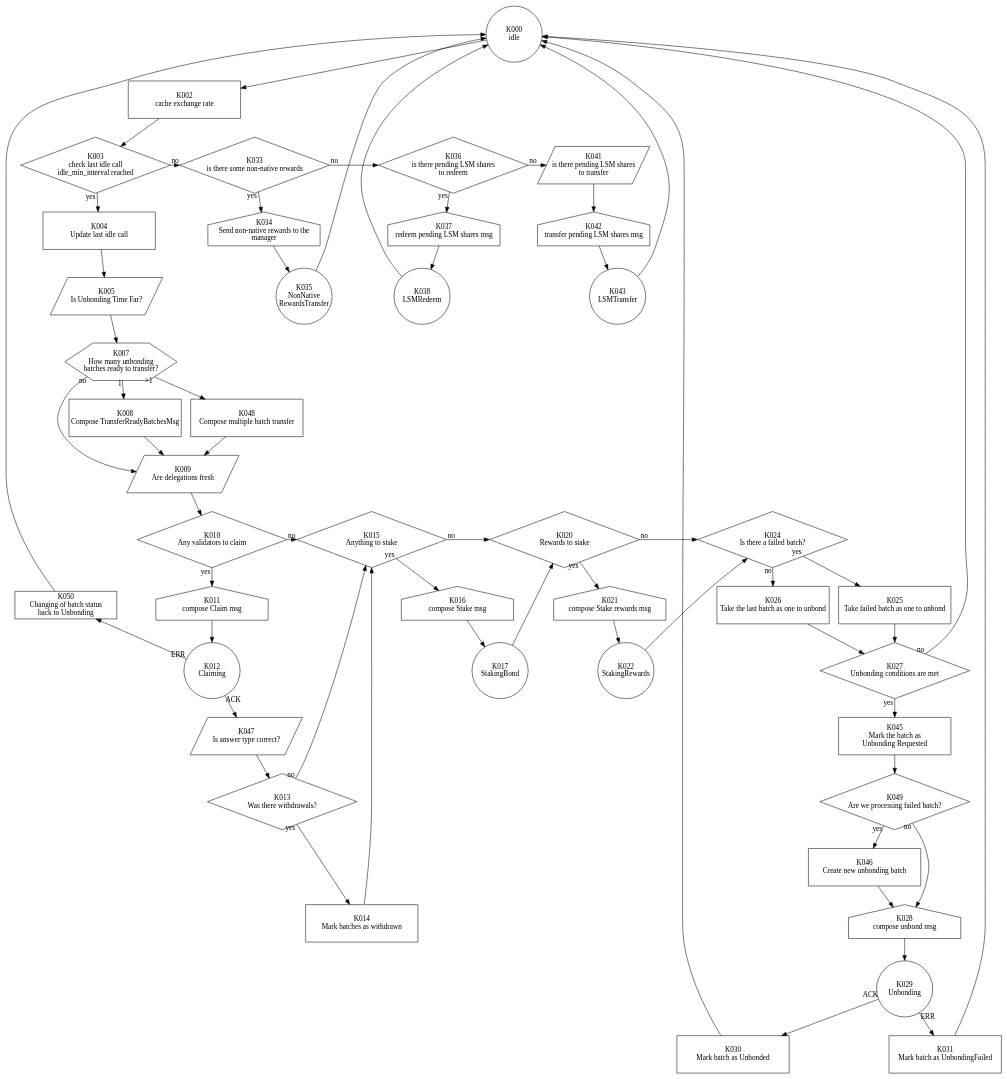
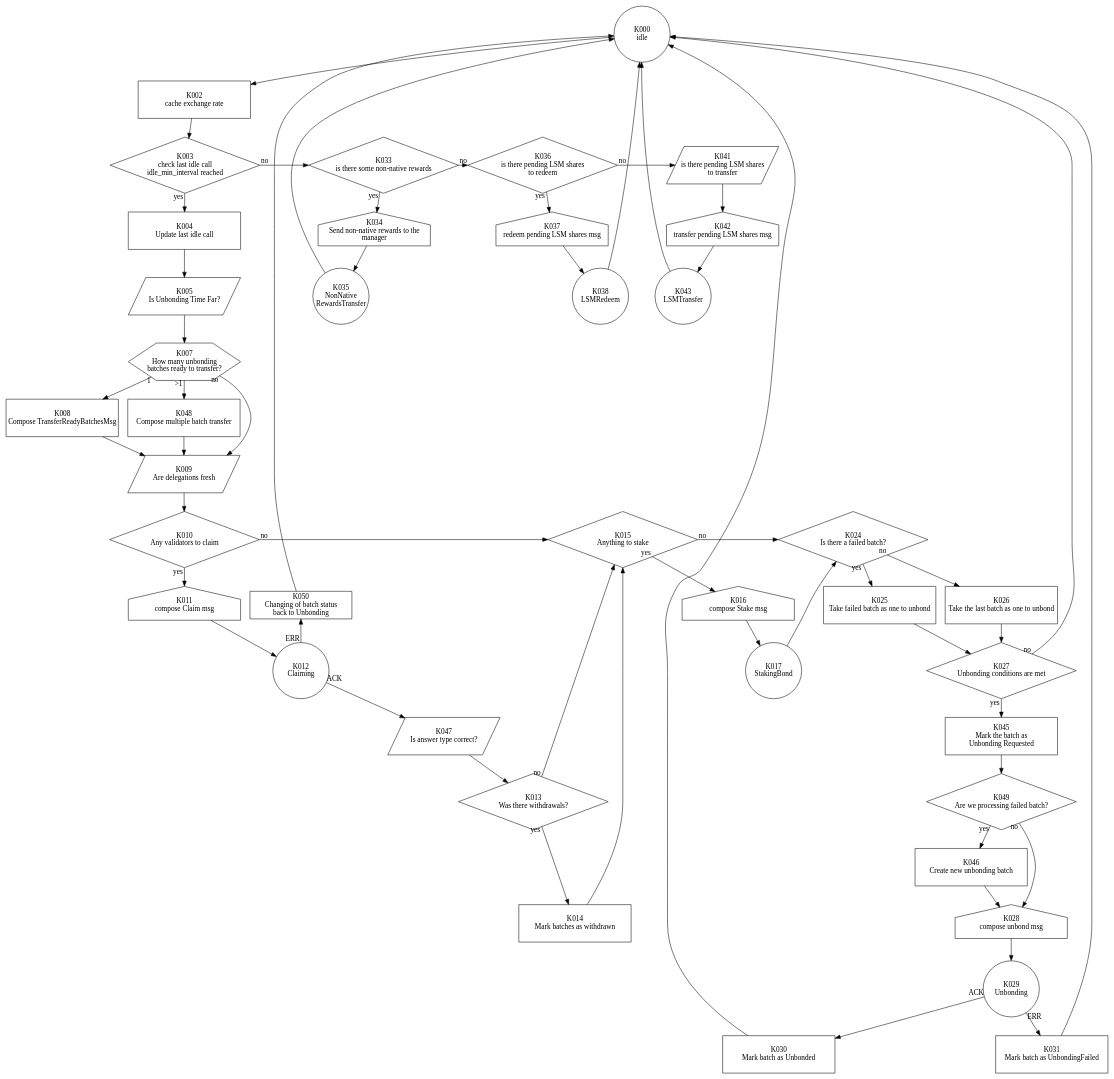
One commit to hadronlabs-org/drop-contracts changed the diagram in graph.gv. Above: the diagram before and after it, drawn with Graphviz. The commit also changed 11 other files, not shown here.

Commit message:
wip: remove rewards staking process

```diff
--- a/graph.gv
+++ b/graph.gv
@@ -1,183 +1,176 @@
 digraph G {
     layout = dot;
     rankdir = TB;
     
     subgraph {
         rank = same;
         K000 [label = "K000\nidle";shape = circle;fixedsize = true;width = 1.5;height = 1.5;];
     }
     
     subgraph {
         rank = same;
         K002 [label = "K002\ncache exchange rate";shape = box;fixedsize = true;width = 3;height = 1;];
     }
     
     subgraph {
         rank = same;
         K003 [label = "K003\ncheck last idle call\nidle_min_interval reached";shape = diamond;fixedsize = true;width = 4;height = 1.5;];
         K033 [label = "K033\nis there some non-native rewards";shape = diamond;fixedsize = true;width = 4;height = 1.5;];
         K036 [label = "K036\nis there pending LSM shares\nto redeem";shape = diamond;fixedsize = true;width = 4;height = 1.5;];
         K041 [label = "K041\nis there pending LSM shares\nto transfer";shape = polygon;sides = 4;skew = .4;fixedsize = true;width = 3;height = 1;];
     }
     
     subgraph {
         rank = same;
         K004 [label = "K004\nUpdate last idle call";shape = box;fixedsize = true;width = 3;height = 1;];
         K034 [label = "K034\nSend non-native rewards to the\nmanager";shape = house;fixedsize = true;width = 3;height = 1;];
         K037 [label = "K037\nredeem pending LSM shares msg";shape = house;fixedsize = true;width = 3;height = 1;];
         K042 [label = "K042\ntransfer pending LSM shares msg";shape = house;fixedsize = true;width = 3;height = 1;];
     }
     
     subgraph {
         rank = same;
         K005 [label = "K005\nIs Unbonding Time Far?";shape = polygon;sides = 4;skew = .4;fixedsize = true;width = 3;height = 1;];
         K035 [label = "K035\nNonNative\nRewardsTransfer";shape = circle;fixedsize = true;width = 1.5;height = 1.5;];
         K038 [label = "K038\nLSMRedeem";shape = circle;fixedsize = true;width = 1.5;height = 1.5;];
         K043 [label = "K043\nLSMTransfer";shape = circle;fixedsize = true;width = 1.5;height = 1.5;];
     }
     
     subgraph {
         rank = same;
         K007 [label = "K007\nHow many unbonding\nbatches ready to transfer?";shape = hexagon;fixedsize = true;width = 3;height = 1;];
     }
     
     subgraph {
         rank = same;
         K008 [label = "K008\nCompose TransferReadyBatchesMsg";shape = box;fixedsize = true;width = 3;height = 1;];
         K048 [label = "K048\nCompose multiple batch transfer";shape = box;fixedsize = true;width = 3;height = 1;];
     }
     
     subgraph {
         rank = same;
         K009 [label = "K009\nAre delegations fresh";shape = polygon;sides = 4;skew = .4;fixedsize = true;width = 3;height = 1;];
     }
     
     subgraph {
         rank = same;
         K010 [label = "K010\nAny validators to claim";shape = diamond;fixedsize = true;width = 4;height = 1.5;];
         K015 [label = "K015\nAnything to stake";shape = diamond;fixedsize = true;width = 4;height = 1.5;];
-        K020 [label = "K020\nRewards to stake";shape = diamond;fixedsize = true;width = 4;height = 1.5;];
         K024 [label = "K024\nIs there a failed batch?";shape = diamond;fixedsize = true;width = 4;height = 1.5;];
     }
     
     subgraph {
         rank = same;
         K011 [label = "K011\ncompose Claim msg";shape = house;fixedsize = true;width = 3;height = 1;];
         K016 [label = "K016\ncompose Stake msg";shape = house;fixedsize = true;width = 3;height = 1;];
-        K021 [label = "K021\ncompose Stake rewards msg";shape = house;fixedsize = true;width = 3;height = 1;];
         K025 [label = "K025\nTake failed batch as one to unbond";shape = box;fixedsize = true;width = 3;height = 1;];
         K026 [label = "K026\nTake the last batch as one to unbond";shape = box;fixedsize = true;width = 3;height = 1;];
         K050 [label = "K050\nChanging of batch status\nback to Unbonding";shape = box;];
     }
     
     subgraph {
         rank = same;
         K012 [label = "K012\nClaiming";shape = circle;fixedsize = true;width = 1.5;height = 1.5;];
         K017 [label = "K017\nStakingBond";shape = circle;fixedsize = true;width = 1.5;height = 1.5;];
-        K022 [label = "K022\nStakingRewards";shape = circle;fixedsize = true;width = 1.5;height = 1.5;];
         K027 [label = "K027\nUnbonding conditions are met";shape = diamond;fixedsize = true;width = 4;height = 1.5;];
     }
     
     subgraph {
         rank = same;
         K047 [label = "K047\nIs answer type correct?";shape = polygon;sides = 4;skew = .4;fixedsize = true;width = 3;height = 1;];
         K045 [label = "K045\nMark the batch as\nUnbonding Requested";shape = box;fixedsize = true;width = 3;height = 1;];
     }
     
     subgraph {
         K046 [label = "K046\nCreate new unbonding batch";shape = box;fixedsize = true;width = 3;height = 1;];
         K013 [label = "K013\nWas there withdrawals?";shape = diamond;fixedsize = true;width = 4;height = 1.5;];
         K049 [label = "K049\nAre we processing failed batch?";shape = diamond;fixedsize = true;width = 4;height = 1.5;];
     }
     
     subgraph {
         rank = same;
         K014 [label = "K014\nMark batches as withdrawn";shape = box;fixedsize = true;width = 3;height = 1;];
         K028 [label = "K028\ncompose unbond msg";shape = house;fixedsize = true;width = 3;height = 1;];
     }
     
     subgraph {
         rank = same;
         K029 [label = "K029\nUnbonding";shape = circle;fixedsize = true;width = 1.5;height = 1.5;];
     }
     
     subgraph {
         rank = same;
         
         K030 [label = "K030\nMark batch as Unbonded";shape = box;fixedsize = true;width = 3;height = 1;];
         K031 [label = "K031\nMark batch as UnbondingFailed";shape = box;fixedsize = true;width = 3;height = 1;];
     }
     
     K000 -> K002;
     K002 -> K003;
     K003 -> K033 [taillabel = "no";];
     
     K033 -> K034 [taillabel = "yes";];
     K034 -> K035;
     K033 -> K036 [taillabel = "no";];
     K036 -> K037 [taillabel = "yes";];
     K037 -> K038;
     K036 -> K041 [taillabel = "no";];
     K041 -> K042;
     K042 -> K043;
     
     K003 -> K004 [taillabel = "yes";];
     K004 -> K005;
     K005 -> K007;
     
     K007 -> K008 [taillabel = "1";];
     K007 -> K048 [taillabel = ">1";];
     K007 -> K009 [taillabel = "no";];
     
     K008 -> K009;
     K048 -> K009;
     
     K009 -> K010;
     K010 -> K015 [taillabel = "no";];
     
     K015 -> K016 [taillabel = "yes";];
     K016 -> K017;
     
-    K015 -> K020 [taillabel = "no";];
-    K020 -> K021 [taillabel = "yes";];
-    K021 -> K022;
+    K015 -> K024 [taillabel = "no";];
     
-    K020 -> K024 [taillabel = "no";];
     K024 -> K025 [taillabel = "yes";];
     K028 -> K029;
     
     K024 -> K026 [taillabel = "no";];
     K010 -> K011 [taillabel = "yes";];
     K011 -> K012;
     
     K038 -> K000;
     K043 -> K000;
     K035 -> K000;
     
     K013 -> K014 [taillabel = "yes";];
     K013 -> K015 [taillabel = "no";];
     
     K012 -> K047 [taillabel = "ACK";];
     K012 -> K050 [taillabel = "ERR";];
     K050 -> K000;
     K047 -> K013;
     K014 -> K015;
     
-    K017 -> K020;
-    K022 -> K024;
+    K017 -> K024;
     
     K029 -> K030 [taillabel = "ACK";];
     K029 -> K031 [taillabel = "ERR";];
     
     K030 -> K000;
     K031 -> K000;
     K025 -> K027;
     K026 -> K027;
     
     K027 -> K045 [taillabel = "yes";];
     K027 -> K000 [taillabel = "no";];
     K045 -> K049;
     K049 -> K046 [taillabel = "yes";];
     K049 -> K028 [taillabel = "no";];
     K046 -> K028;
 }
```
